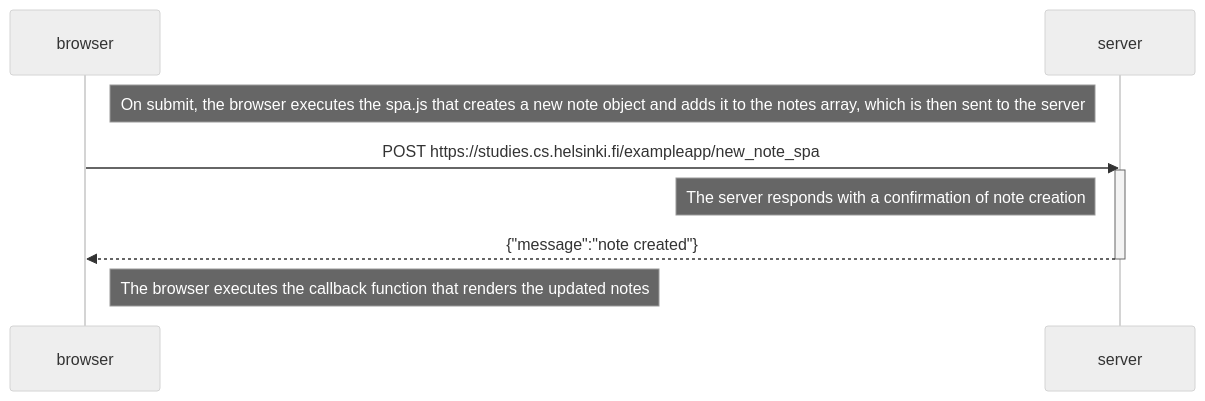
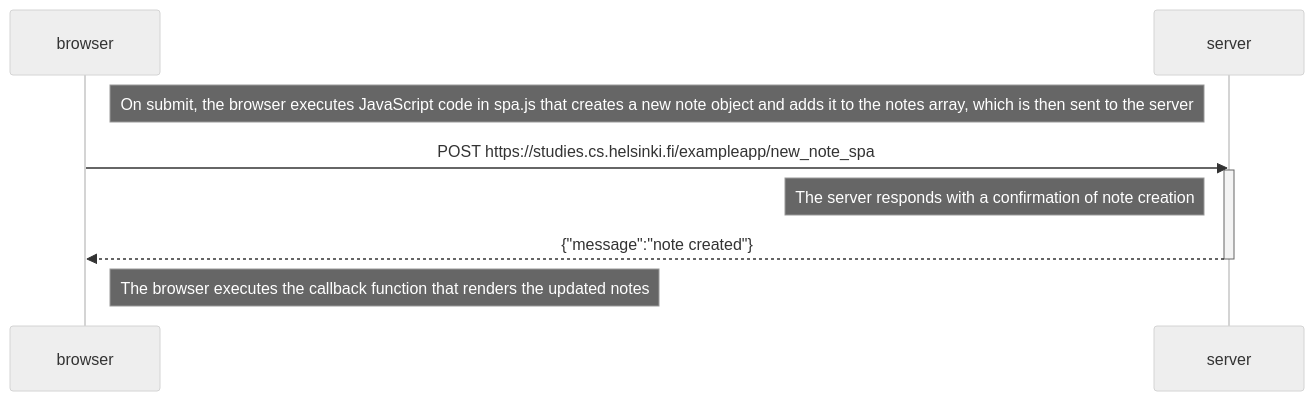
Before and after one commit to misheho/full_stack_mluukkai: the diagram in part0/new_note_spa.md, drawn with Mermaid (neutral theme).

Commit message:
minor changes on diagrams

````diff
--- a/part0/new_note_spa.md
+++ b/part0/new_note_spa.md
@@ -1,18 +1,18 @@
 ```mermaid
 sequenceDiagram
     participant browser
     participant server
     
-    Note right of browser: On submit, the browser executes the spa.js that creates a new note object and adds it to the notes array, which is then sent to the server
+    Note right of browser: On submit, the browser executes JavaScript code in spa.js that creates a new note object and adds it to the notes array, which is then sent to the server
     
     browser->>server: POST https://studies.cs.helsinki.fi/exampleapp/new_note_spa
     activate server
     
     Note left of server: The server responds with a confirmation of note creation  
  
     server-->>browser: {"message":"note created"}
     deactivate server
     
     Note right of browser: The browser executes the callback function that renders the updated notes
 
 ```
````
